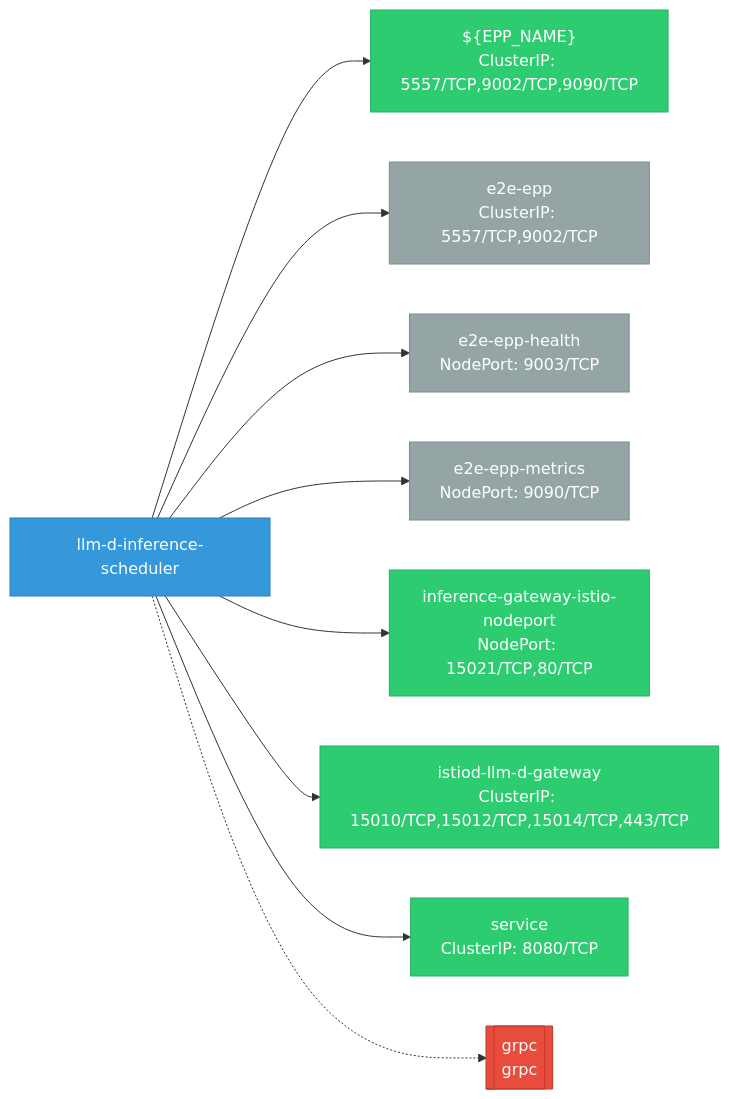
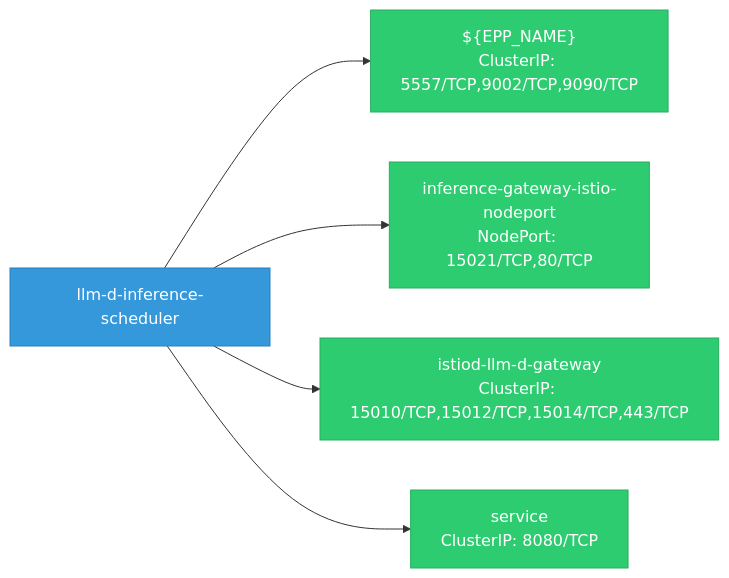
The diagram in site/docs/odh-platform/components/llm_d_inference_scheduler/network.md (ugiordan/rhoai-architecture-analyzer), drawn with Mermaid before and after one commit. The commit also changed other lines of this file and 227 other files, not shown here.

````diff
--- a/site/docs/odh-platform/components/llm_d_inference_scheduler/network.md
+++ b/site/docs/odh-platform/components/llm_d_inference_scheduler/network.md
@@ -5,17 +5,13 @@
 ```mermaid
 graph LR
     classDef svc fill:#2ecc71,stroke:#27ae60,color:#fff
     classDef test fill:#95a5a6,stroke:#7f8c8d,color:#fff
     classDef component fill:#3498db,stroke:#2980b9,color:#fff
     classDef ext fill:#e74c3c,stroke:#c0392b,color:#fff
 
     llm_d_inference_scheduler["llm-d-inference-scheduler"]:::component
     llm_d_inference_scheduler --> svc_0["${EPP_NAME}\nClusterIP: 5557/TCP,9002/TCP,9090/TCP"]:::svc
-    llm_d_inference_scheduler --> svc_1["e2e-epp\nClusterIP: 5557/TCP,9002/TCP"]:::test
-    llm_d_inference_scheduler --> svc_2["e2e-epp-health\nNodePort: 9003/TCP"]:::test
-    llm_d_inference_scheduler --> svc_3["e2e-epp-metrics\nNodePort: 9090/TCP"]:::test
-    llm_d_inference_scheduler --> svc_4["inference-gateway-istio-nodeport\nNodePort: 15021/TCP,80/TCP"]:::svc
-    llm_d_inference_scheduler --> svc_5["istiod-llm-d-gateway\nClusterIP: 15010/TCP,15012/TCP,15014/TCP,443/TCP"]:::svc
-    llm_d_inference_scheduler --> svc_6["service\nClusterIP: 8080/TCP"]:::svc
-    llm_d_inference_scheduler -.-> ext_grpc[["grpc\ngrpc"]]:::ext
+    llm_d_inference_scheduler --> svc_1["inference-gateway-istio-nodeport\nNodePort: 15021/TCP,80/TCP"]:::svc
+    llm_d_inference_scheduler --> svc_2["istiod-llm-d-gateway\nClusterIP: 15010/TCP,15012/TCP,15014/TCP,443/TCP"]:::svc
+    llm_d_inference_scheduler --> svc_3["service\nClusterIP: 8080/TCP"]:::svc
 ```
````
